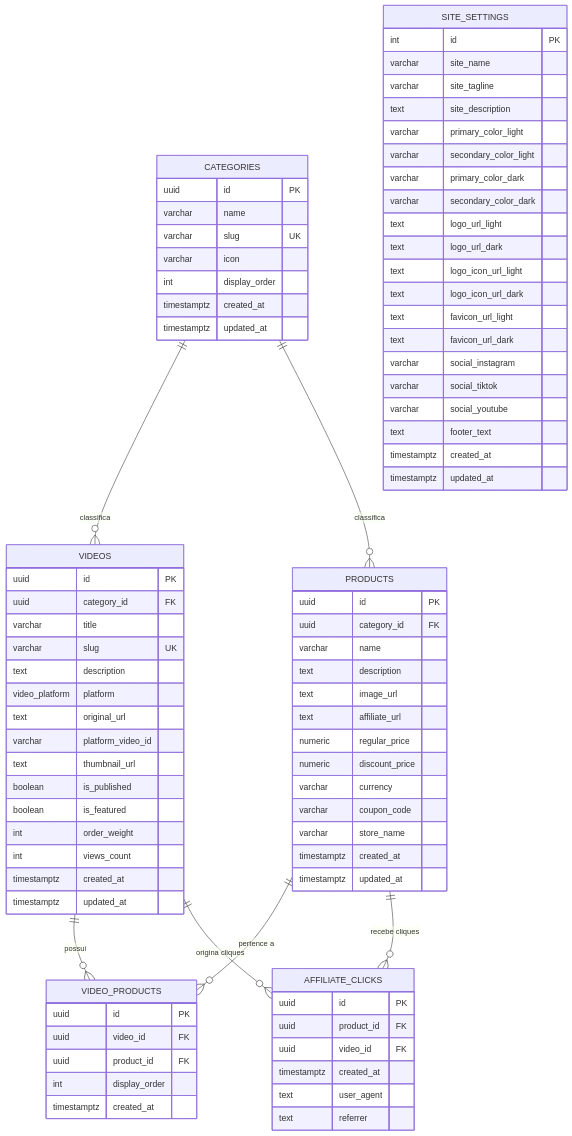
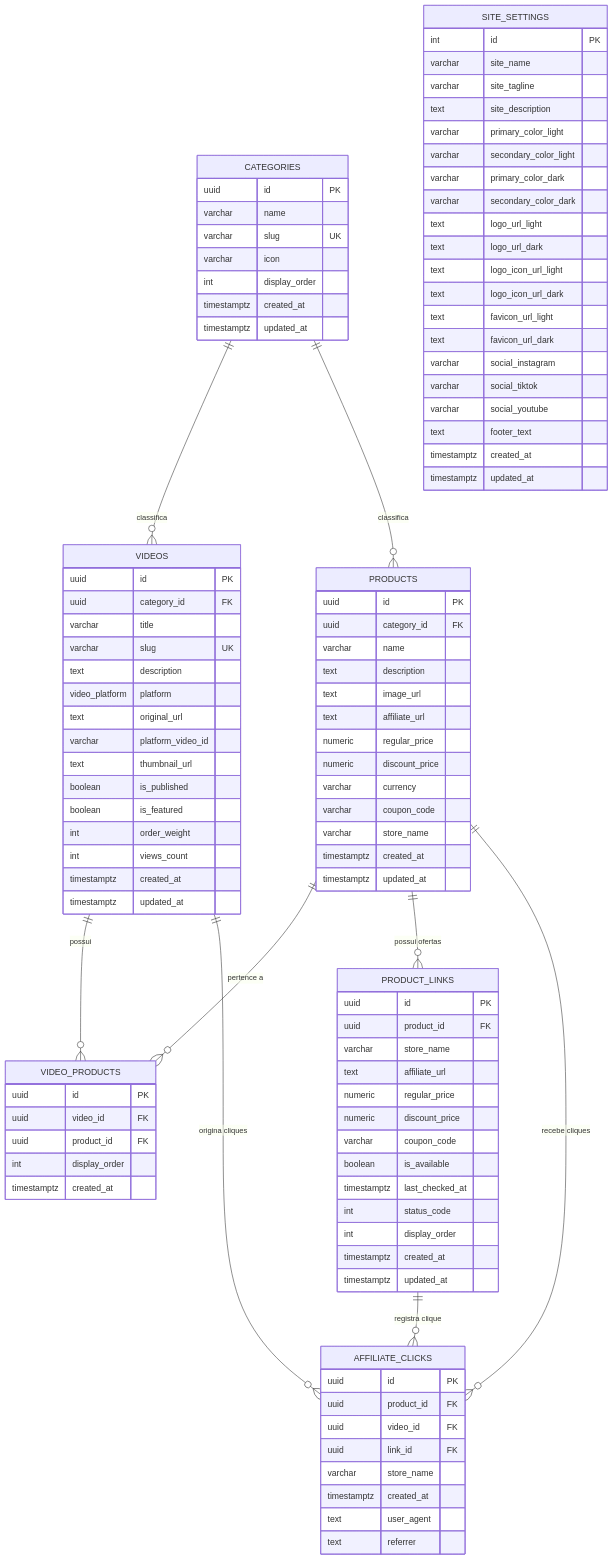
The diagram in docs/DATABASE.md (TheCheepeer/Promocuts), drawn with Mermaid before and after one commit. The commit also changed other lines of this file and 30 other files, not shown here.

```diff
--- a/docs/DATABASE.md
+++ b/docs/DATABASE.md
@@ -12,8 +12,10 @@
     CATEGORIES ||--o{ PRODUCTS : "classifica"
     VIDEOS ||--o{ VIDEO_PRODUCTS : "possui"
     PRODUCTS ||--o{ VIDEO_PRODUCTS : "pertence a"
+    PRODUCTS ||--o{ PRODUCT_LINKS : "possui ofertas"
     PRODUCTS ||--o{ AFFILIATE_CLICKS : "recebe cliques"
     VIDEOS ||--o{ AFFILIATE_CLICKS : "origina cliques"
+    PRODUCT_LINKS ||--o{ AFFILIATE_CLICKS : "registra clique"
 
     SITE_SETTINGS {
         int id PK
@@ -82,6 +84,22 @@
         timestamptz updated_at
     }
 
+    PRODUCT_LINKS {
+        uuid id PK
+        uuid product_id FK
+        varchar store_name
+        text affiliate_url
+        numeric regular_price
+        numeric discount_price
+        varchar coupon_code
+        boolean is_available
+        timestamptz last_checked_at
+        int status_code
+        int display_order
+        timestamptz created_at
+        timestamptz updated_at
+    }
+
     VIDEO_PRODUCTS {
         uuid id PK
         uuid video_id FK
@@ -94,6 +112,8 @@
         uuid id PK
         uuid product_id FK
         uuid video_id FK
+        uuid link_id FK
+        varchar store_name
         timestamptz created_at
         text user_agent
         text referrer
```
